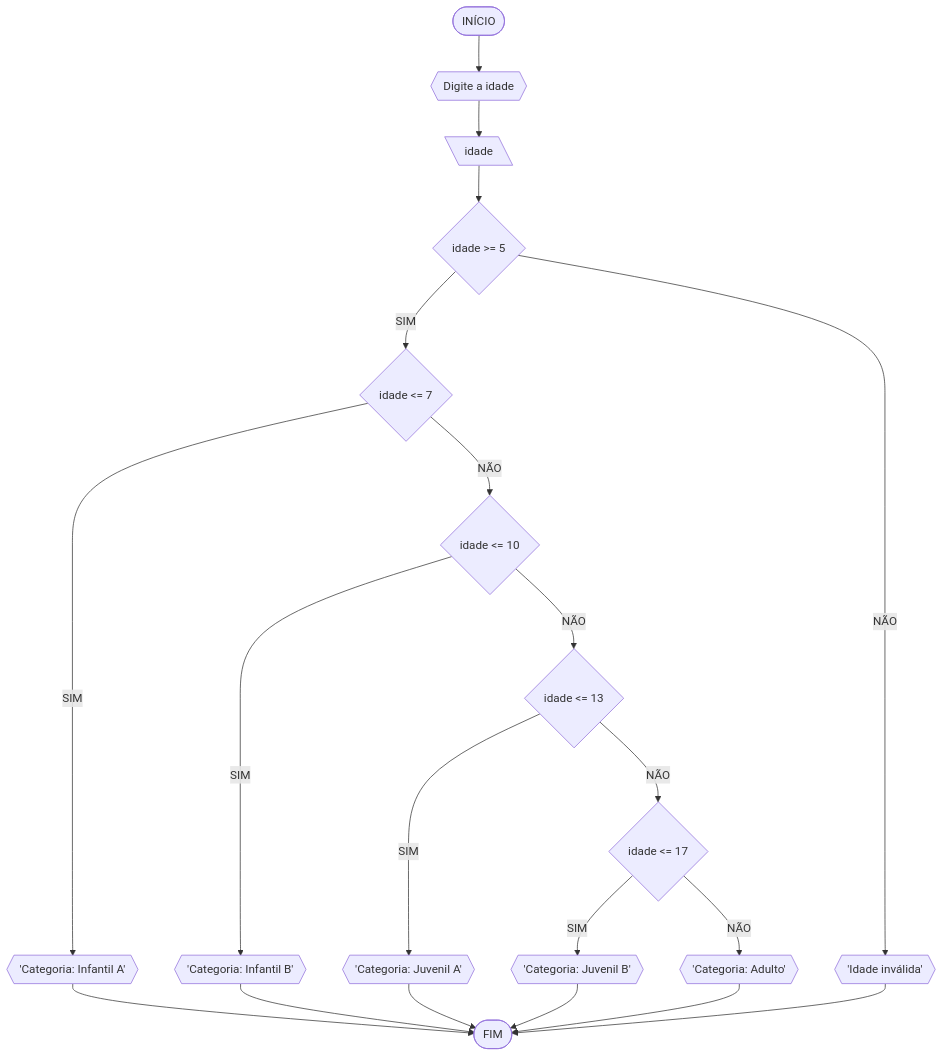
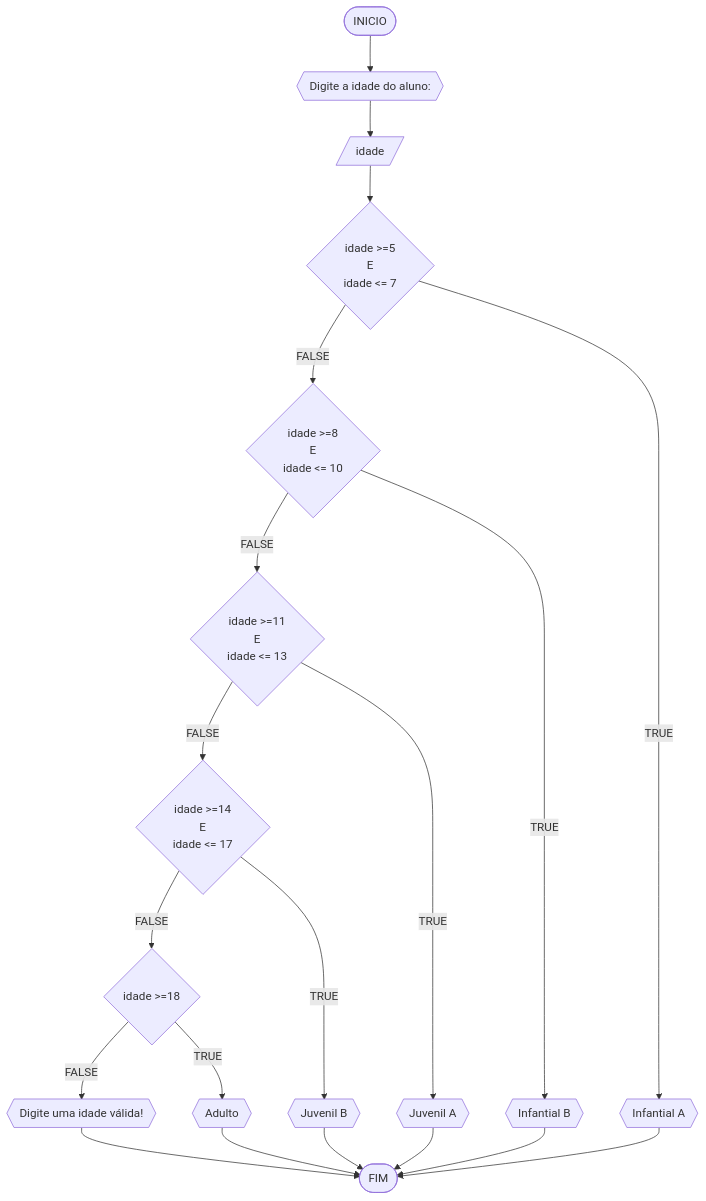
The fifth of 5 diagrams in RLA/lista exercicio 2.md (rineesousa/unifor), drawn with Mermaid before and after one commit. The commit also changed other lines of this file, not shown here.

````diff
--- a/RLA/lista exercicio 2.md
+++ b/RLA/lista exercicio 2.md
@@ -192,23 +308,22 @@
 ```mermaid
 flowchart TD
-A([INÍCIO]) --> B{{Digite a idade}}
-B --> C[\idade\]
-C --> D{idade >= 5}
-D -- SIM --> E{idade <= 7}
-E -- SIM --> F{{'Categoria: Infantil A'}}
-F --> L([FIM])
-E -- NÃO --> G{idade <= 10}
-G -- SIM --> H{{'Categoria: Infantil B'}}
-H --> L
-G -- NÃO --> I{idade <= 13}
-I -- SIM --> J{{'Categoria: Juvenil A'}}
-J --> L
-I -- NÃO --> K{idade <= 17}
-K -- SIM --> M{{'Categoria: Juvenil B'}}
-M --> L
-K -- NÃO --> N{{'Categoria: Adulto'}}
-N --> L
-D -- NÃO --> O{{'Idade inválida'}}
-O --> L
-
+A([INICIO]) --> B{{"Digite a idade do aluno:"}}
+B --> C[/idade/]
+C --> D{idade >=5 <br>E <br>idade <= 7}
+D --FALSE--> F{idade >=8 <br>E <br>idade <= 10}
+F --FALSE--> G{idade >=11 <br>E <br>idade <= 13}
+G --FALSE--> H{idade >=14 <br>E <br>idade <= 17}
+H --FALSE--> I{idade >=18}
+I --FALSE--> P{{"Digite uma idade válida!"}}
+P --> Z([FIM])
+D --TRUE--> Q{{Infantial A}}
+F --TRUE--> K{{"Infantial B"}}
+G --TRUE--> L{{Juvenil A}}
+H --TRUE--> M{{Juvenil B}}
+I --TRUE--> N{{Adulto}}
+Q --> Z
+K --> Z
+L --> Z
+M --> Z
+N --> Z
 ```
````
